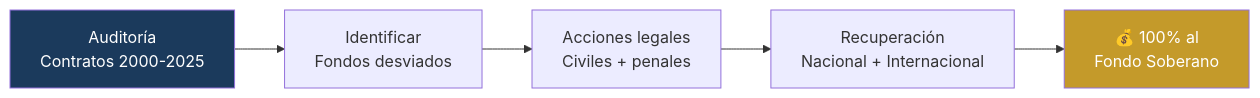
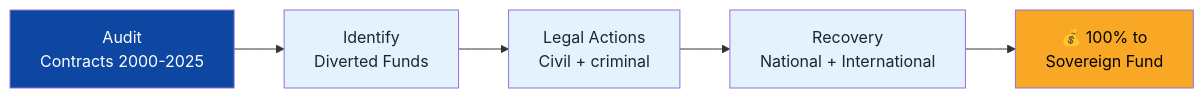
Diagram 12 of 14 in i18n/en/docusaurus-plugin-content-docs/current/04-gobernanza/modelo-estado.md (Venezuela-S-A/venezuela-sa), drawn with Mermaid before and after one commit. The commit also changed other lines of this file and 127 other files, not shown here.

````diff
--- a/i18n/en/docusaurus-plugin-content-docs/current/04-gobernanza/modelo-estado.md
+++ b/i18n/en/docusaurus-plugin-content-docs/current/04-gobernanza/modelo-estado.md
@@ -306,9 +683,12 @@
 ```mermaid
 flowchart LR
-    A["Auditoría<br/>Contratos 2000-2025"] --> B["Identificar<br/>Fondos desviados"]
-    B --> C["Acciones legales<br/>Civiles + penales"]
-    C --> D["Recuperación<br/>Nacional + Internacional"]
-    D --> E["💰 100% al<br/>Fondo Soberano"]
-    style A fill:#1B3A5C,color:#fff
-    style E fill:#C49A2A,color:#fff
+    A["Audit<br/>Contracts 2000-2025"] --> B["Identify<br/>Diverted Funds"]
+    B --> C["Legal Actions<br/>Civil + criminal"]
+    C --> D["Recovery<br/>National + International"]
+    D --> E["💰 100% to<br/>Sovereign Fund"]
+    style A fill:#0D47A1,color:#fff
+    style B fill:#E3F2FD,color:#1B2631
+    style C fill:#E3F2FD,color:#1B2631
+    style D fill:#E3F2FD,color:#1B2631
+    style E fill:#F9A825,color:#000
 ```
````
